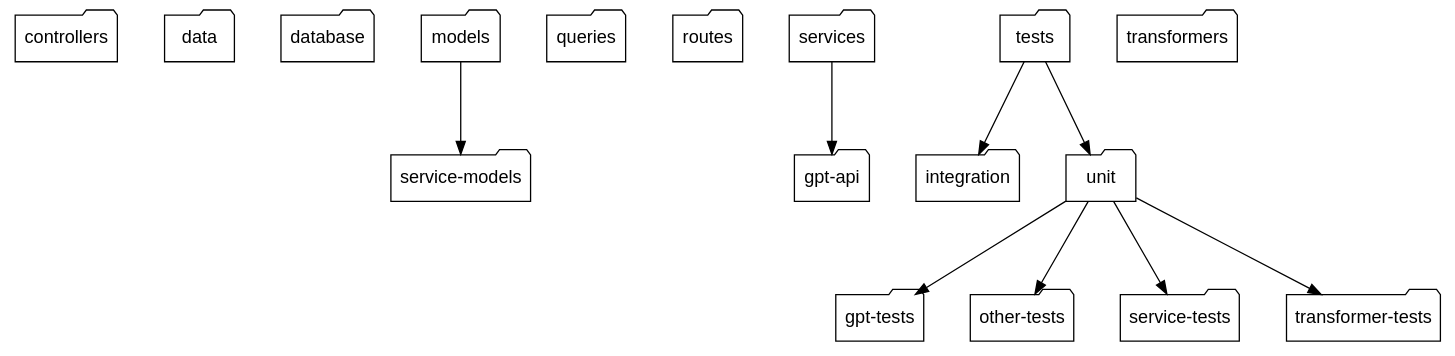
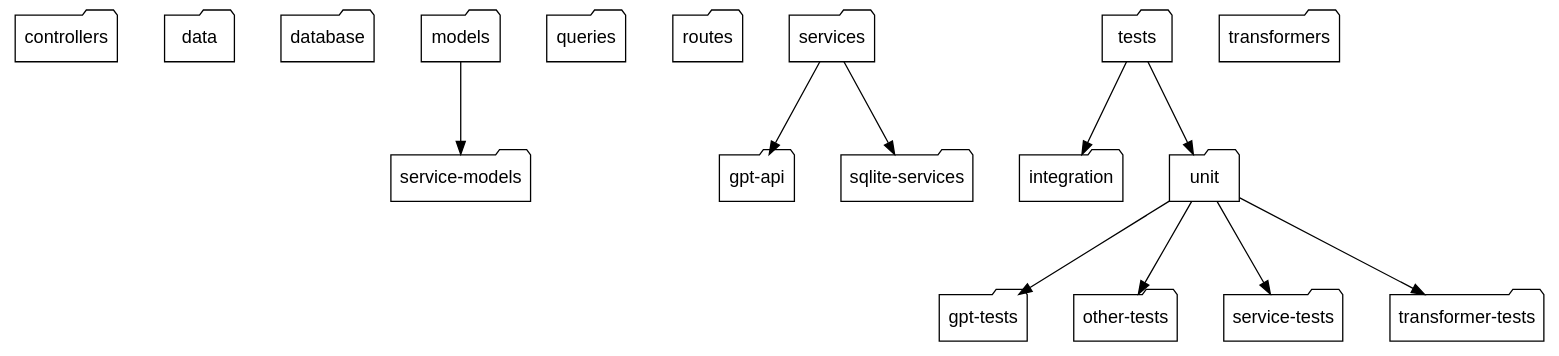
One commit to k-gintaras/gpt-assistants-api changed the diagram in diagrams/output/folder_hierarchy.dot. Above: the diagram before and after it, drawn with Graphviz. The commit also changed 63 other files, not shown here.

Commit message:
added some diagrams

```diff
--- a/diagrams/output/folder_hierarchy.dot
+++ b/diagrams/output/folder_hierarchy.dot
@@ -1,32 +1,34 @@
 
 digraph G {
   rankdir=TB; // Change layout to Top-to-Bottom
   nodesep=0.5; // Adjust horizontal spacing
   ranksep=1;   // Adjust vertical spacing
   node [fontname="Arial"];
   "controllers" [shape=folder];
   "data" [shape=folder];
   "database" [shape=folder];
   "models" [shape=folder];
   "service-models" [shape=folder];
   "queries" [shape=folder];
   "routes" [shape=folder];
   "services" [shape=folder];
   "gpt-api" [shape=folder];
+  "sqlite-services" [shape=folder];
   "tests" [shape=folder];
   "integration" [shape=folder];
   "unit" [shape=folder];
   "gpt-tests" [shape=folder];
   "other-tests" [shape=folder];
   "service-tests" [shape=folder];
   "transformer-tests" [shape=folder];
   "transformers" [shape=folder];
   "models" -> "service-models";
   "services" -> "gpt-api";
+  "services" -> "sqlite-services";
   "tests" -> "integration";
   "tests" -> "unit";
   "unit" -> "gpt-tests";
   "unit" -> "other-tests";
   "unit" -> "service-tests";
   "unit" -> "transformer-tests"
 }
```
